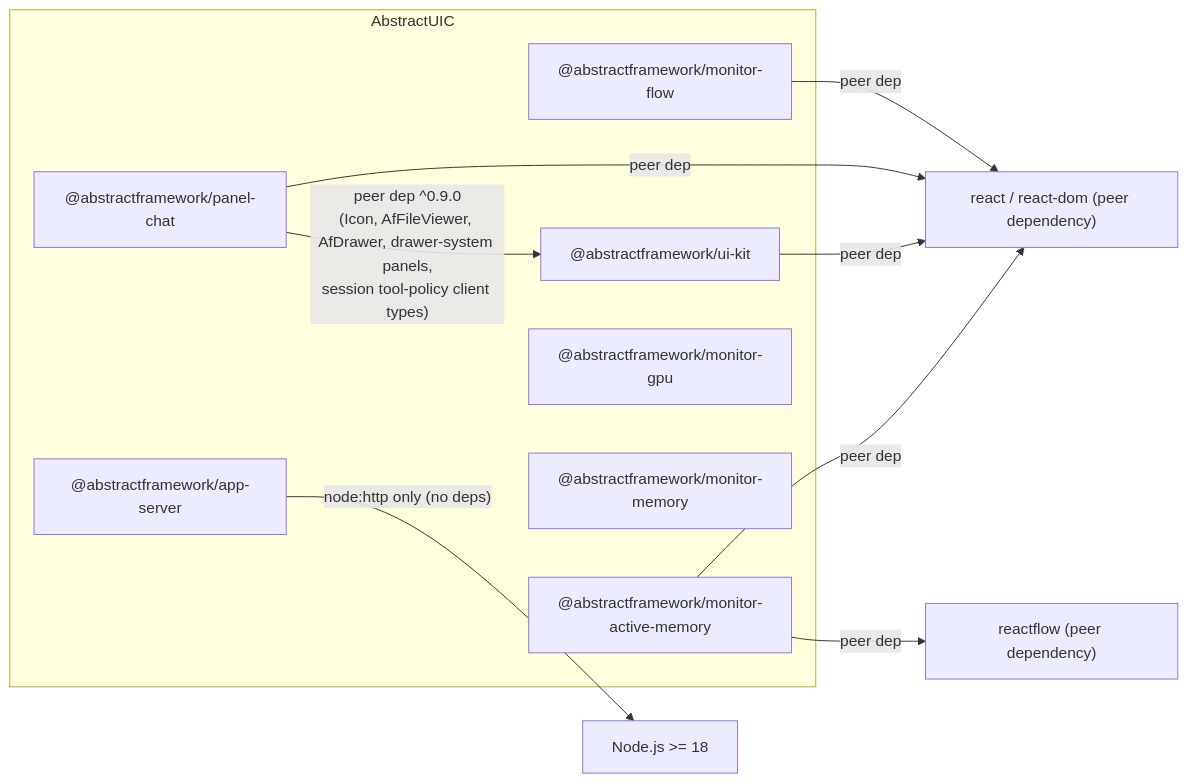
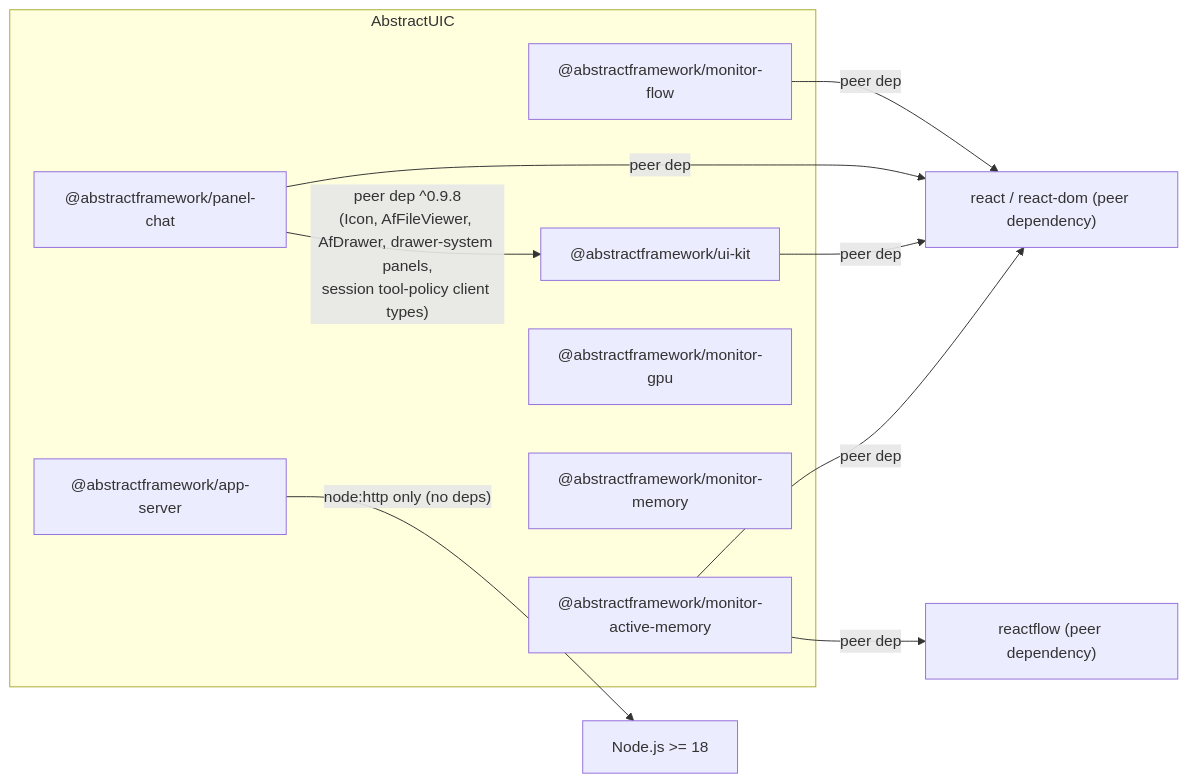
Before and after one commit to lpalbou/AbstractUIC: the second of 12 diagrams in docs/architecture.md, drawn with Mermaid. The commit also changed other lines of this file and 17 other files, not shown here.

````diff
--- a/docs/architecture.md
+++ b/docs/architecture.md
@@ -73,20 +73,20 @@
 ```mermaid
 flowchart LR
   subgraph AbstractUIC
     UIKIT["@abstractframework/ui-kit"]
     CHAT["@abstractframework/panel-chat"]
     APPSRV["@abstractframework/app-server"]
     FLOW["@abstractframework/monitor-flow"]
     AMX["@abstractframework/monitor-active-memory"]
     GPU["@abstractframework/monitor-gpu"]
     MEM["@abstractframework/monitor-memory"]
   end
 
-  CHAT -->|"peer dep ^0.9.0<br/>(Icon, AfFileViewer, AfDrawer, drawer-system panels,<br/>session tool-policy client types)"| UIKIT
+  CHAT -->|"peer dep ^0.9.8<br/>(Icon, AfFileViewer, AfDrawer, drawer-system panels,<br/>session tool-policy client types)"| UIKIT
   AMX -->|"peer dep"| ReactFlow["reactflow (peer dependency)"]
   FLOW -->|"peer dep"| React["react / react-dom (peer dependency)"]
   CHAT -->|"peer dep"| React
   UIKIT -->|"peer dep"| React
   AMX -->|"peer dep"| React
   APPSRV -->|"node:http only (no deps)"| Node["Node.js >= 18"]
 ```
````
